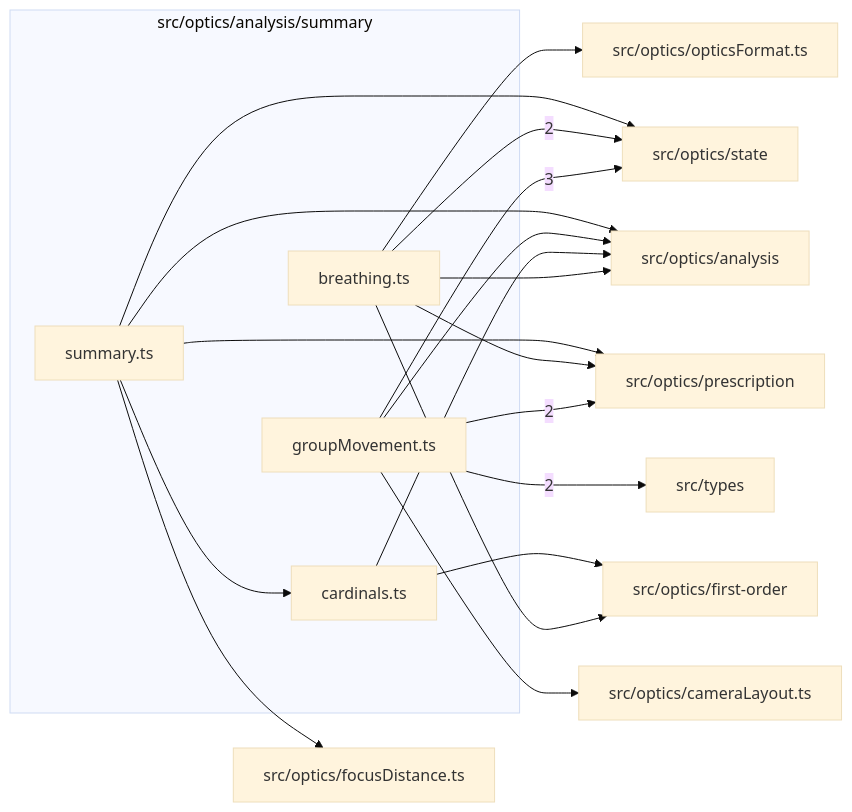
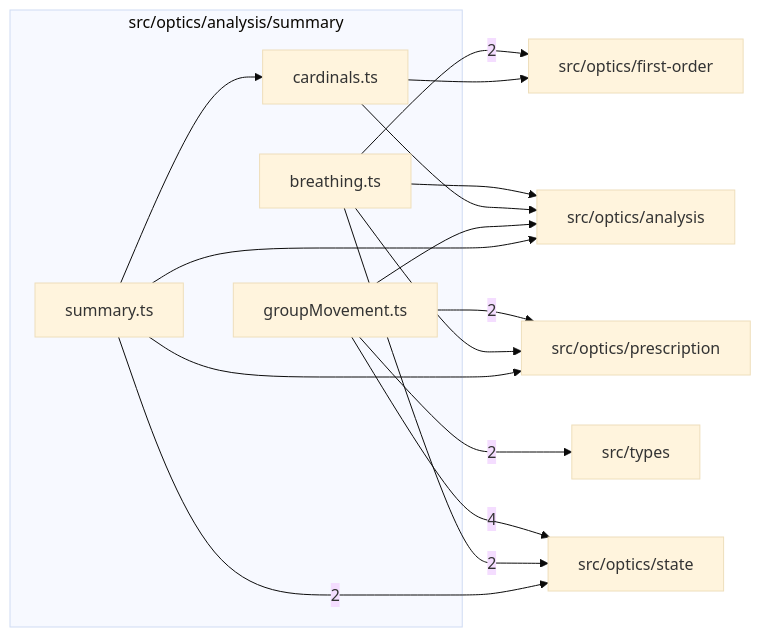
Before and after one commit to ronbuening/LensVisualizer: the diagram in src/optics/analysis/summary/readme.md, drawn with Mermaid (base theme). The commit also changed other lines of this file and 439 other files, not shown here.

````diff
--- a/src/optics/analysis/summary/readme.md
+++ b/src/optics/analysis/summary/readme.md
@@ -9,34 +9,28 @@
 ```mermaid
 flowchart LR
   subgraph n_src_optics_analysis_summary["src/optics/analysis/summary"]
     n_src_optics_analysis_summary_src_optics_analysis_summary_breathing_ts["breathing.ts"]
     n_src_optics_analysis_summary_src_optics_analysis_summary_cardinals_ts["cardinals.ts"]
     n_src_optics_analysis_summary_src_optics_analysis_summary_groupMovement_ts["groupMovement.ts"]
     n_src_optics_analysis_summary_src_optics_analysis_summary_summary_ts["summary.ts"]
   end
   n_external_src_optics_state["src/optics/state"]
+  n_external_src_optics_first_order["src/optics/first-order"]
   n_external_src_optics_prescription["src/optics/prescription"]
   n_external_src_types["src/types"]
   n_external_src_optics_analysis["src/optics/analysis"]
-  n_external_src_optics_cameraLayout_ts["src/optics/cameraLayout.ts"]
-  n_external_src_optics_first_order["src/optics/first-order"]
-  n_external_src_optics_focusDistance_ts["src/optics/focusDistance.ts"]
-  n_external_src_optics_opticsFormat_ts["src/optics/opticsFormat.ts"]
-  n_src_optics_analysis_summary_src_optics_analysis_summary_groupMovement_ts --> |3| n_external_src_optics_state
+  n_src_optics_analysis_summary_src_optics_analysis_summary_groupMovement_ts --> |4| n_external_src_optics_state
+  n_src_optics_analysis_summary_src_optics_analysis_summary_breathing_ts --> |2| n_external_src_optics_first_order
   n_src_optics_analysis_summary_src_optics_analysis_summary_groupMovement_ts --> |2| n_external_src_optics_prescription
   n_src_optics_analysis_summary_src_optics_analysis_summary_breathing_ts --> |2| n_external_src_optics_state
+  n_src_optics_analysis_summary_src_optics_analysis_summary_summary_ts --> |2| n_external_src_optics_state
   n_src_optics_analysis_summary_src_optics_analysis_summary_groupMovement_ts --> |2| n_external_src_types
   n_src_optics_analysis_summary_src_optics_analysis_summary_breathing_ts --> n_external_src_optics_analysis
   n_src_optics_analysis_summary_src_optics_analysis_summary_cardinals_ts --> n_external_src_optics_analysis
   n_src_optics_analysis_summary_src_optics_analysis_summary_groupMovement_ts --> n_external_src_optics_analysis
   n_src_optics_analysis_summary_src_optics_analysis_summary_summary_ts --> n_external_src_optics_analysis
-  n_src_optics_analysis_summary_src_optics_analysis_summary_groupMovement_ts --> n_external_src_optics_cameraLayout_ts
-  n_src_optics_analysis_summary_src_optics_analysis_summary_breathing_ts --> n_external_src_optics_first_order
   n_src_optics_analysis_summary_src_optics_analysis_summary_cardinals_ts --> n_external_src_optics_first_order
-  n_src_optics_analysis_summary_src_optics_analysis_summary_summary_ts --> n_external_src_optics_focusDistance_ts
-  n_src_optics_analysis_summary_src_optics_analysis_summary_breathing_ts --> n_external_src_optics_opticsFormat_ts
   n_src_optics_analysis_summary_src_optics_analysis_summary_breathing_ts --> n_external_src_optics_prescription
   n_src_optics_analysis_summary_src_optics_analysis_summary_summary_ts --> n_external_src_optics_prescription
-  n_src_optics_analysis_summary_src_optics_analysis_summary_summary_ts --> n_external_src_optics_state
   n_src_optics_analysis_summary_src_optics_analysis_summary_summary_ts --> n_src_optics_analysis_summary_src_optics_analysis_summary_cardinals_ts
 ```
````
